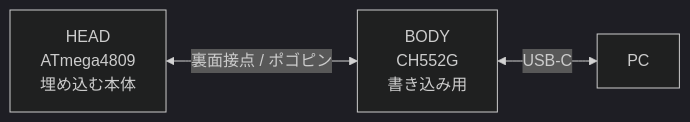
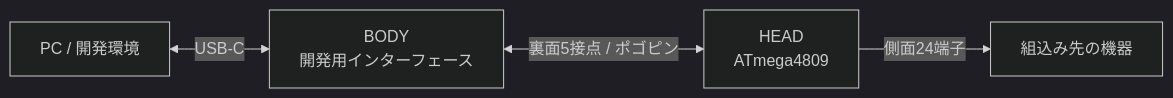
The first of 2 diagrams in README.md (ymmtynk/BARONDUINO_EVERY), drawn with Mermaid (dark theme) before and after one commit. The commit also changed other lines of this file, not shown here.

````diff
--- a/README.md
+++ b/README.md
@@ -5,5 +23,6 @@
 ```mermaid
 flowchart LR
-    A["HEAD<br/>ATmega4809<br/>埋め込む本体"] <-->|"裏面接点 / ポゴピン"| B["BODY<br/>CH552G<br/>書き込み用"]
-    B <-->|USB-C| C["PC"]
+    PC["PC / 開発環境"] <-->|USB-C| BODY["BODY<br/>開発用インターフェース"]
+    BODY <-->|裏面5接点 / ポゴピン| HEAD["HEAD<br/>ATmega4809"]
+    HEAD -->|側面24端子| DEVICE["組込み先の機器"]
 ```
````
